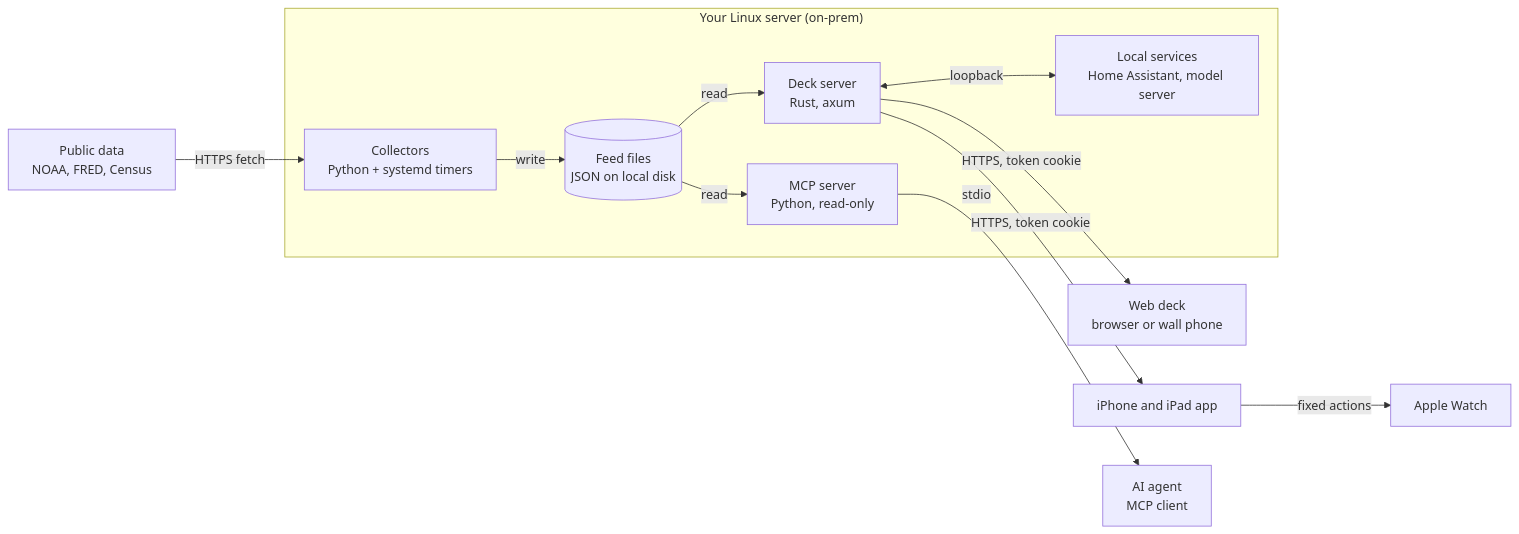
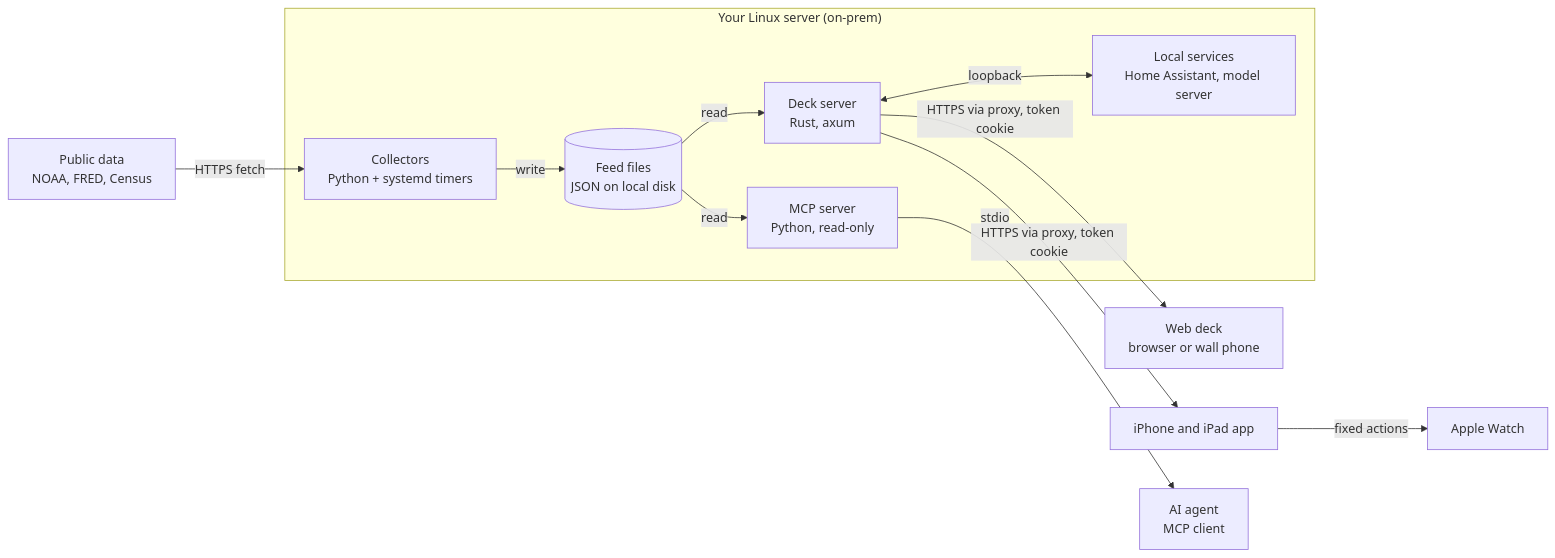
Before and after one commit to thefiredev-cloud/omarchy-deck: the diagram in README.md, drawn with Mermaid. The commit also changed other lines of this file, not shown here.

````diff
--- a/README.md
+++ b/README.md
@@ -18,24 +18,24 @@
 ```mermaid
 flowchart LR
   subgraph host["Your Linux server (on-prem)"]
     col["Collectors<br/>Python + systemd timers"]
     feeds[("Feed files<br/>JSON on local disk")]
     srv["Deck server<br/>Rust, axum"]
     mcp["MCP server<br/>Python, read-only"]
     svc["Local services<br/>Home Assistant, model server"]
   end
   pub["Public data<br/>NOAA, FRED, Census"]
   web["Web deck<br/>browser or wall phone"]
   ios["iPhone and iPad app"]
   watch["Apple Watch"]
   agent["AI agent<br/>MCP client"]
   pub -->|"HTTPS fetch"| col
   col -->|"write"| feeds
   feeds -->|"read"| srv
   feeds -->|"read"| mcp
   srv <-->|"loopback"| svc
-  srv -->|"HTTPS, token cookie"| web
-  srv -->|"HTTPS, token cookie"| ios
+  srv -->|"HTTPS via proxy, token cookie"| web
+  srv -->|"HTTPS via proxy, token cookie"| ios
   ios -->|"fixed actions"| watch
   mcp -->|"stdio"| agent
 ```
````
